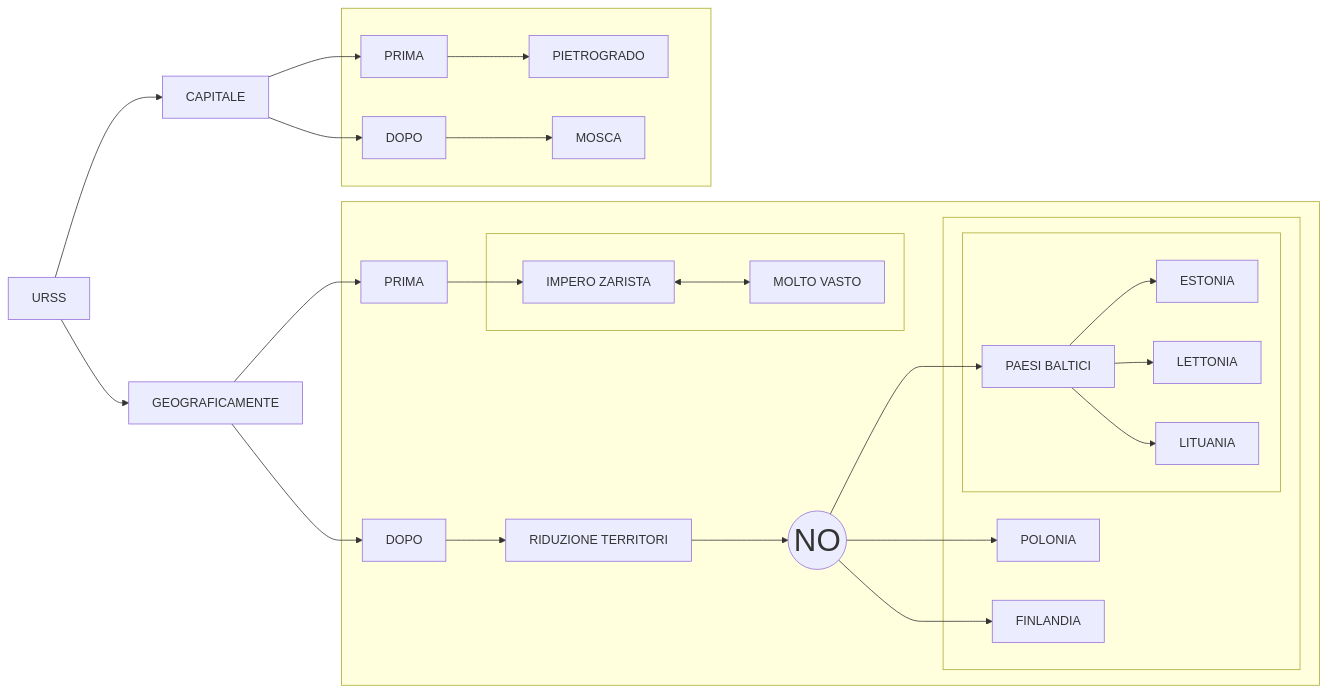
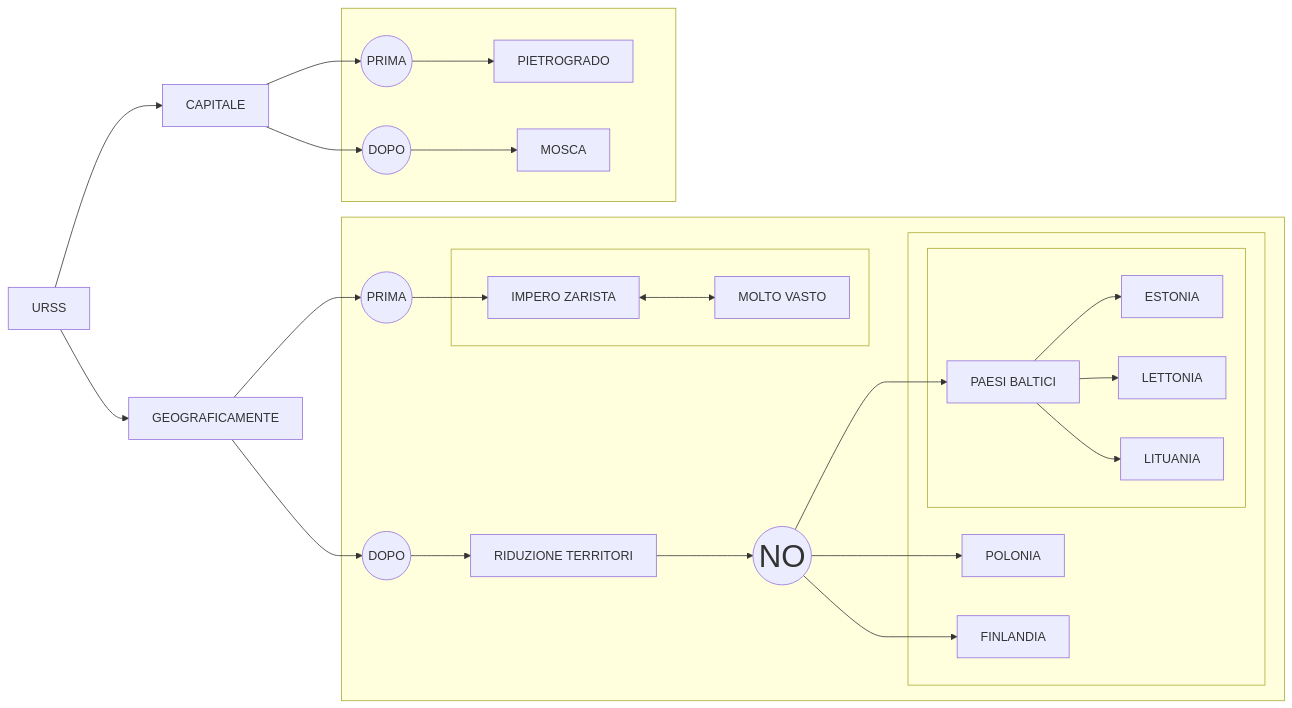
Before and after one commit to Laaouatni/ricerca-storia-MermaidJS: the diagram in prova.md, drawn with Mermaid.

````diff
--- a/prova.md
+++ b/prova.md
@@ -1,56 +1,56 @@
 ```mermaid
 flowchart LR
     0[URSS]
     
     1[CAPITALE]
     subgraph 4[" "]
-        10[PRIMA]
+        10((PRIMA))
         100[PIETROGRADO]
-        11[DOPO]
+        11((DOPO))
         110[MOSCA]
     end
 
     2[GEOGRAFICAMENTE]
 
     subgraph 5[" "]
-        20[PRIMA]
+        20((PRIMA))
 
         subgraph 6[" "]
           200[IMPERO ZARISTA]
           201[MOLTO VASTO]
           200 <--> 201
         end
 
-        21[DOPO]
+        21((DOPO))
 
         210[RIDUZIONE TERRITORI]
         2100((NO))
         style 2100 font-size: 40px;
 
         subgraph 7[" "]
           30[POLONIA]
 
           subgraph 8[" "]
             31[PAESI BALTICI]
             310[ESTONIA]
             311[LETTONIA]
             312[LITUANIA]
           end
 
           32[FINLANDIA]
         end
     end
 
     0 --> 1 & 2
     1 --> 10 & 11
     10 --> 100
     11 --> 110
     2 --> 20 & 21
     20 --> 200
     21 --> 210
     210 --> 2100
     2100 --> 30 & 31 & 32
     31 --> 310 & 311 & 312
 
 
 ```
````
